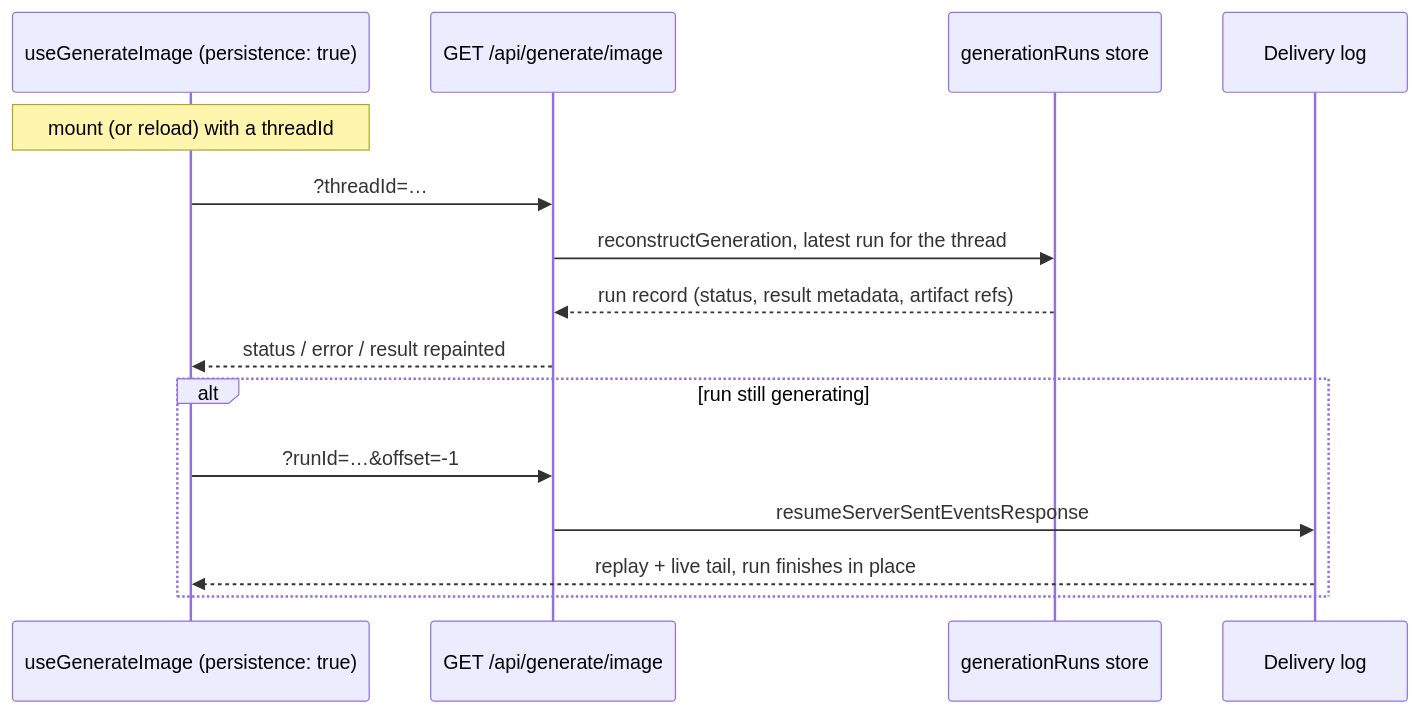
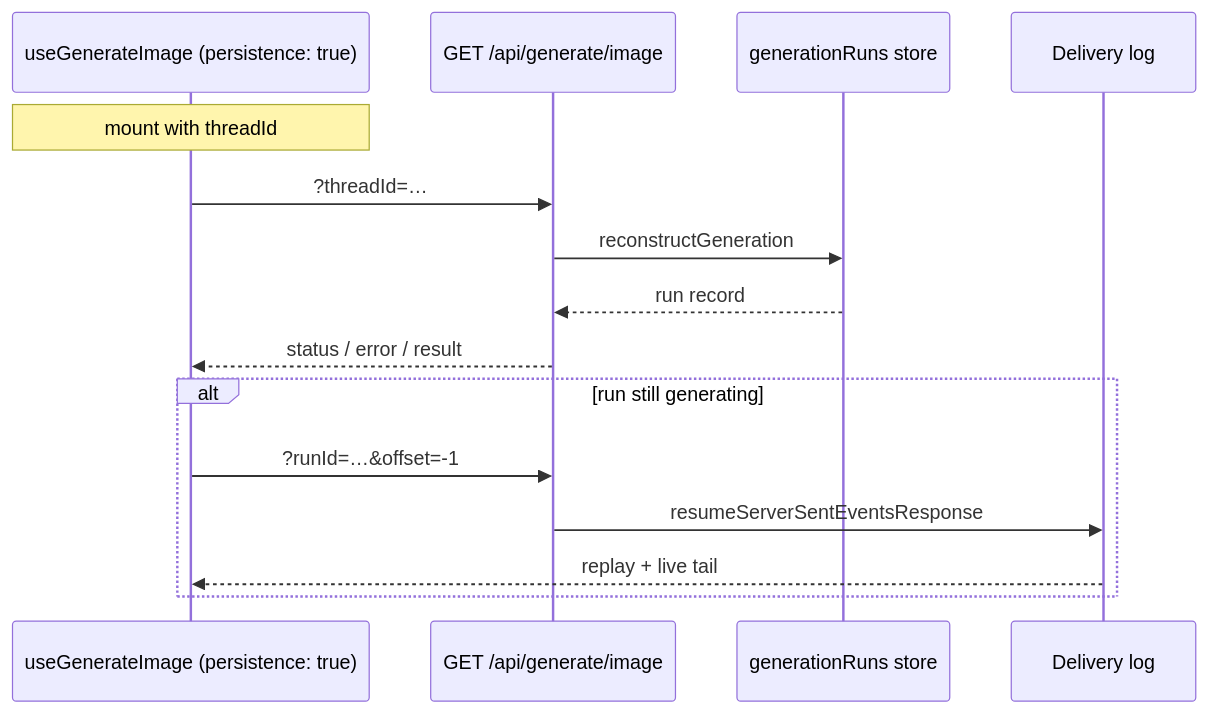
The second of 2 diagrams in docs/persistence/generation-persistence.md (SystemSculpt/ai), drawn with Mermaid before and after one commit. The commit also changed other lines of this file and 141 other files, not shown here.

````diff
--- a/docs/persistence/generation-persistence.md
+++ b/docs/persistence/generation-persistence.md
@@ -192,18 +139,18 @@
 ```mermaid
 sequenceDiagram
     participant Hook as useGenerateImage (persistence: true)
     participant Route as GET /api/generate/image
     participant Runs as generationRuns store
     participant Log as Delivery log
 
-    Note over Hook: mount (or reload) with a threadId
+    Note over Hook: mount with threadId
     Hook->>Route: ?threadId=…
-    Route->>Runs: reconstructGeneration, latest run for the thread
-    Runs-->>Route: run record (status, result metadata, artifact refs)
-    Route-->>Hook: status / error / result repainted
+    Route->>Runs: reconstructGeneration
+    Runs-->>Route: run record
+    Route-->>Hook: status / error / result
     alt run still generating
         Hook->>Route: ?runId=…&offset=-1
         Route->>Log: resumeServerSentEventsResponse
-        Log-->>Hook: replay + live tail, run finishes in place
+        Log-->>Hook: replay + live tail
     end
 ```
````
